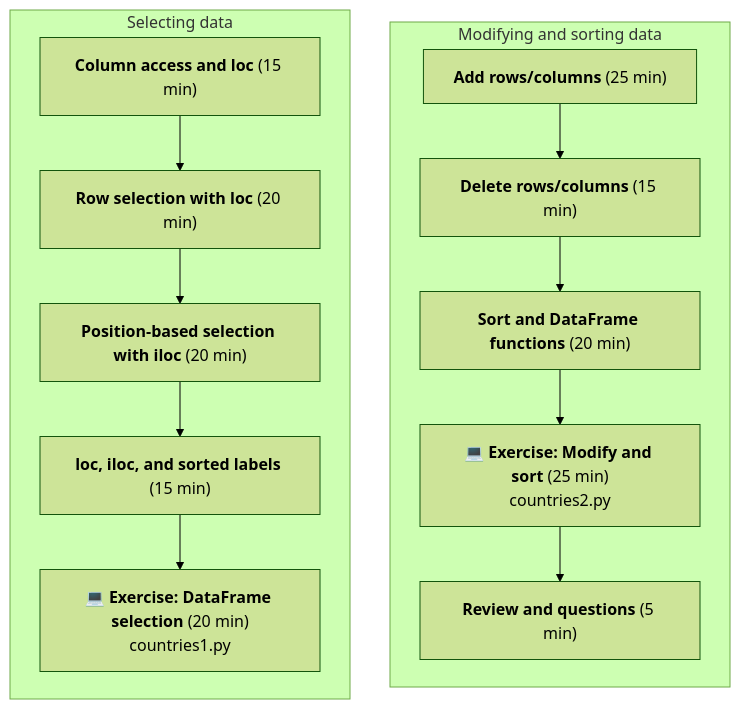
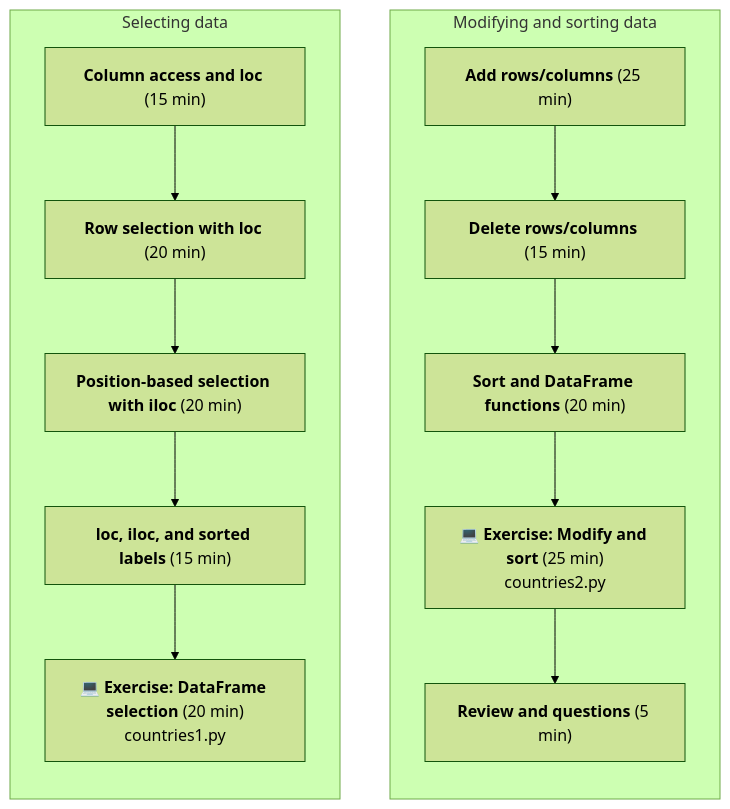
One commit to fs-ise/introduction-to-programming changed the diagram in notes/session_05.qmd. Above: the diagram before and after it, drawn with Mermaid (forest theme). The commit also changed 3 other files, not shown here.

Commit message:
update mermaid style

````diff
--- a/notes/session_05.qmd
+++ b/notes/session_05.qmd
@@ -7,38 +7,28 @@
 ```{mermaid}
 %%| fig-width: 6
-
-%%{init: {
-  "flowchart": {
-    "wrappingWidth": 220,
-    "minNodeWidth": 180,
-    "rankSpacing": 30,
-    "nodeSpacing": 40,
-    "curve": "linear"
-  }
-}}%%
 
 flowchart
 
   subgraph RIGHT["Modifying and sorting data"]
     direction TB
     B1["<b>Add rows/columns</b> (25 min)"]
     B2["<b>Delete rows/columns</b> (15 min)"]
     B3["<b>Sort and DataFrame functions</b> (20 min)"]
     B4["<b>💻 Exercise: Modify and sort</b> (25 min)<br/>countries2.py"]
     B5["<b>Review and questions</b> (5 min)"]
 
     B1 --> B2 --> B3 --> B4 --> B5
   end
 
   subgraph LEFT["Selecting data"]
     direction TB
     A1["<b>Column access and loc</b> (15 min)"]
     A2["<b>Row selection with loc</b> (20 min)"]
     A3["<b>Position-based selection with iloc</b> (20 min)"]
     A4["<b>loc, iloc, and sorted labels</b> (15 min)"]
     A5["<b>💻 Exercise: DataFrame selection</b> (20 min)<br/>countries1.py"]
 
     A1 --> A2 --> A3 --> A4 --> A5
   end
 
 ```
````
